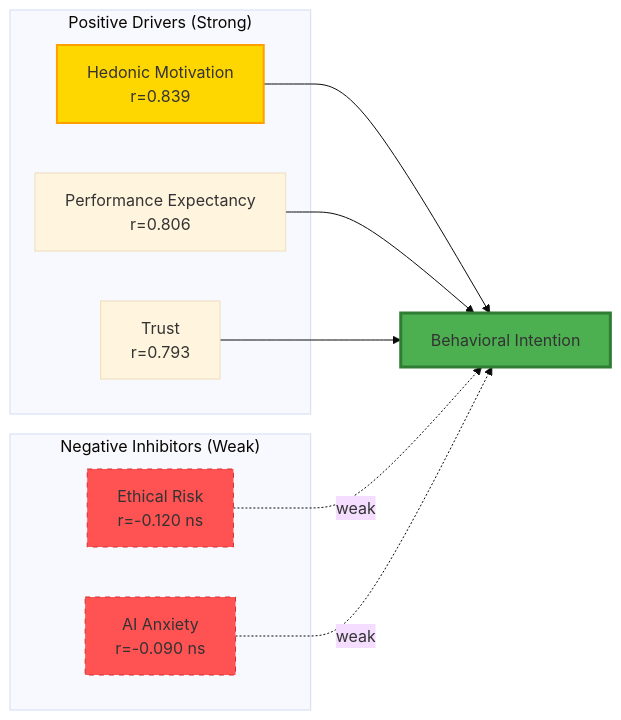
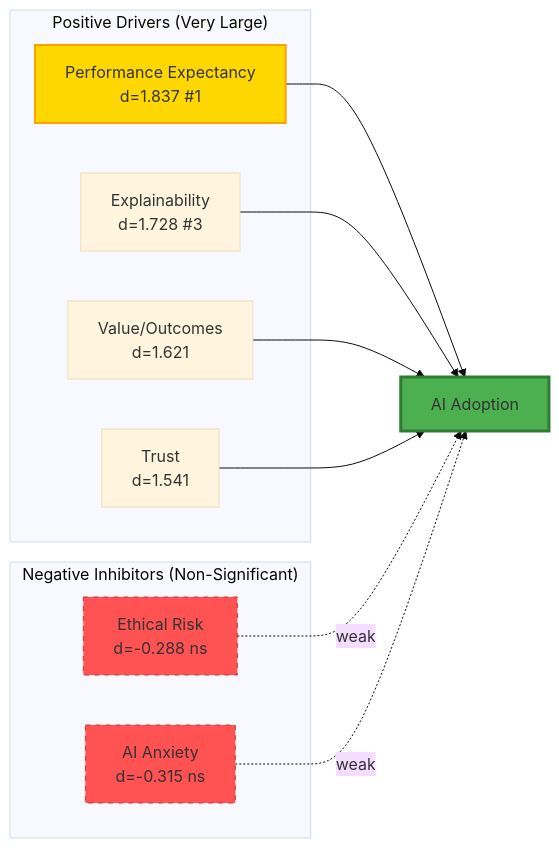
The fifth of 7 diagrams in DISSERTATION_MODEL_EVALUATION.md (fabioc-aloha/AIRS_Data_Analysis), drawn with Mermaid (base theme) before and after one commit. The commit also changed other lines of this file and 9 other files, not shown here.

````diff
--- a/DISSERTATION_MODEL_EVALUATION.md
+++ b/DISSERTATION_MODEL_EVALUATION.md
@@ -199,24 +314,26 @@
 ```mermaid
 graph LR
-    subgraph "Positive Drivers (Strong)"
-        HM["Hedonic Motivation<br/>r=0.839"]
-        PE["Performance Expectancy<br/>r=0.806"]
-        TR["Trust<br/>r=0.793"]
+    subgraph "Positive Drivers (Very Large)"
+        PE["Performance Expectancy<br/>d=1.837 #1"]
+        EX["Explainability<br/>d=1.728 #3"]
+        VO["Value/Outcomes<br/>d=1.621"]
+        TR["Trust<br/>d=1.541"]
     end
 
-    subgraph "Negative Inhibitors (Weak)"
-        ER["Ethical Risk<br/>r=-0.120 ns"]
-        AX["AI Anxiety<br/>r=-0.090 ns"]
+    subgraph "Negative Inhibitors (Non-Significant)"
+        AX["AI Anxiety<br/>d=-0.315 ns"]
+        ER["Ethical Risk<br/>d=-0.288 ns"]
     end
 
-    HM --> BI[Behavioral Intention]
-    PE --> BI
-    TR --> BI
-    ER -.weak.-> BI
-    AX -.weak.-> BI
+    PE --> ADOPT[AI Adoption]
+    EX --> ADOPT
+    VO --> ADOPT
+    TR --> ADOPT
+    ER -.weak.-> ADOPT
+    AX -.weak.-> ADOPT
 
-    style BI fill:#4CAF50,stroke:#2E7D32,stroke-width:3px
-    style HM fill:#FFD700,stroke:#FFA000,stroke-width:2px
+    style ADOPT fill:#4CAF50,stroke:#2E7D32,stroke-width:3px
+    style PE fill:#FFD700,stroke:#FFA000,stroke-width:2px
     style ER fill:#FF5252,stroke:#D32F2F,stroke-width:1px,stroke-dasharray: 5 5
     style AX fill:#FF5252,stroke:#D32F2F,stroke-width:1px,stroke-dasharray: 5 5
 ```
````
